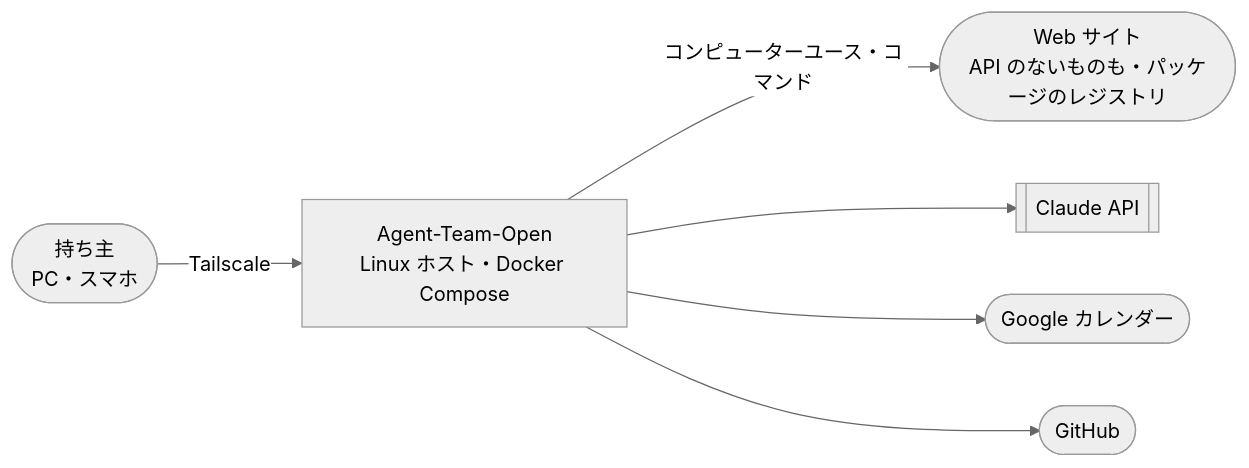
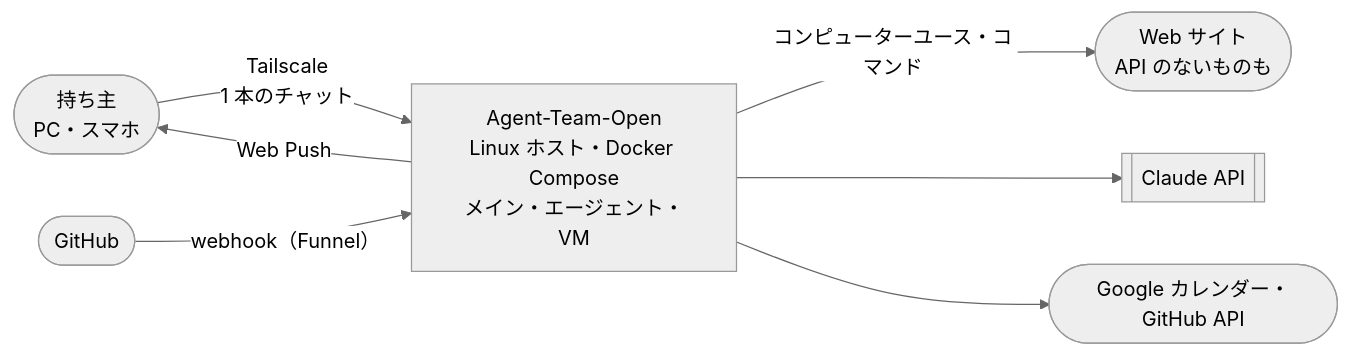
One commit to itiwoja/agent-team changed the diagram in docs/design/README.md. Above: the diagram before and after it, drawn with Mermaid (neutral theme). The commit also changed other lines of this file and 25 other files, not shown here.

````diff
--- a/docs/design/README.md
+++ b/docs/design/README.md
@@ -24,8 +20,9 @@
 ```mermaid
 flowchart LR
- O(["持ち主<br/>PC・スマホ"]) -->|"Tailscale"| S["Agent-Team-Open<br/>Linux ホスト・Docker Compose"]
- S -->|"コンピューターユース・コマンド"| W(["Web サイト<br/>API のないものも・パッケージのレジストリ"])
+ O(["持ち主<br/>PC・スマホ"]) -->|"Tailscale<br/>1 本のチャット"| S["Agent-Team-Open<br/>Linux ホスト・Docker Compose<br/>メイン・エージェント・VM"]
+ GH(["GitHub"]) -->|"webhook（Funnel）"| S
+ S -->|"コンピューターユース・コマンド"| W(["Web サイト<br/>API のないものも"])
  S --> C[["Claude API"]]
- S --> G(["Google カレンダー"])
- S --> H(["GitHub"])
+ S --> G(["Google カレンダー・GitHub API"])
+ S -->|"Web Push"| O
 ```
````
